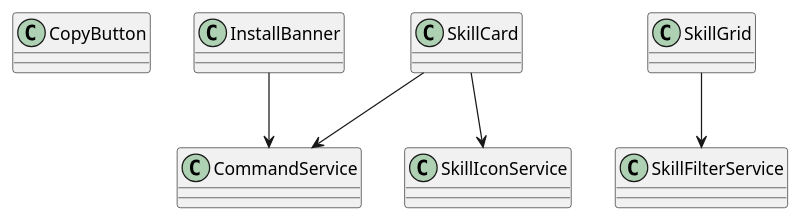
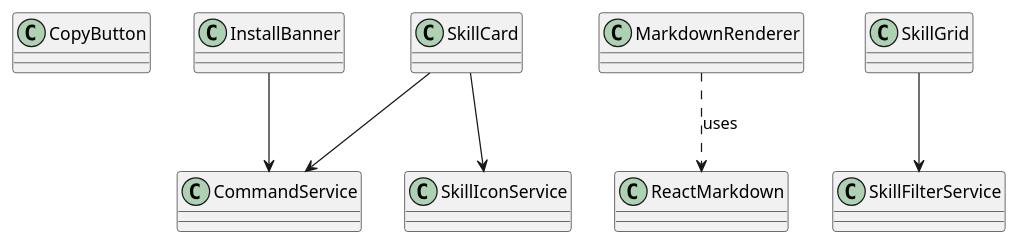
The diagram in src/components/README.md (alisonaquinas/llm-skills), drawn with PlantUML before and after one commit. The commit also changed other lines of this file and 14 other files, not shown here.

````diff
--- a/src/components/README.md
+++ b/src/components/README.md
@@ -26,16 +27,18 @@
 ```plantuml
 @startuml
 class CopyButton
 class InstallBanner
+class MarkdownRenderer
 class SkillCard
 class SkillGrid
 class CommandService
 class SkillFilterService
 class SkillIconService
 
 InstallBanner --> CommandService
+MarkdownRenderer ..> ReactMarkdown : uses
 SkillCard --> CommandService
 SkillCard --> SkillIconService
 SkillGrid --> SkillFilterService
 @enduml
 ```
````
